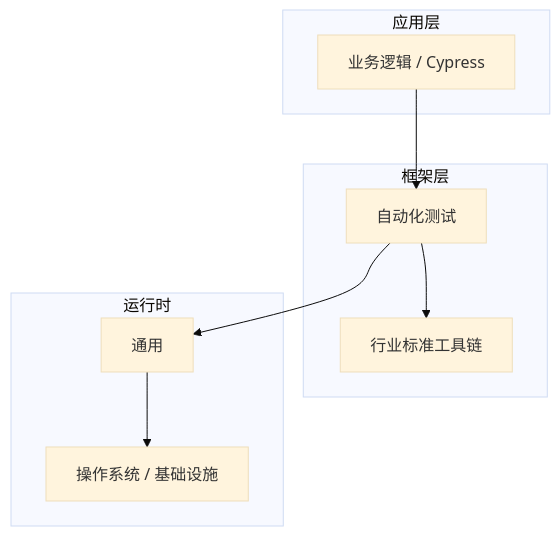
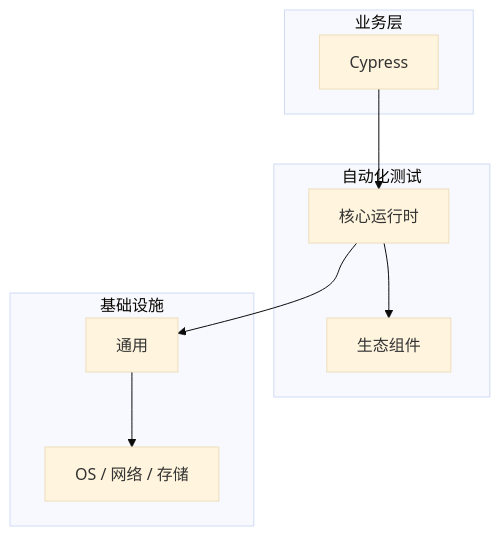
Before and after one commit to yanggan2015/knowledge-json-v2: the diagram in articles/自动化测试/chapters/057-Cypress核心概念与原理.md, drawn with Mermaid (base theme). The commit also changed other lines of this file and 10127 other files, not shown here.

````diff
--- a/articles/自动化测试/chapters/057-Cypress核心概念与原理.md
+++ b/articles/自动化测试/chapters/057-Cypress核心概念与原理.md
@@ -45,18 +34,18 @@
 ```mermaid
 graph TB
-    subgraph 应用层
-        A[业务逻辑 / Cypress]
+    subgraph 业务层
+        A[Cypress]
     end
-    subgraph 框架层
-        B[自动化测试]
-        C[行业标准工具链]
+    subgraph 自动化测试
+        B[核心运行时]
+        C[生态组件]
     end
-    subgraph 运行时
+    subgraph 基础设施
         D[通用]
-        E[操作系统 / 基础设施]
+        E[OS / 网络 / 存储]
     end
     A --> B
     B --> C
     B --> D
     D --> E
 ```
````
